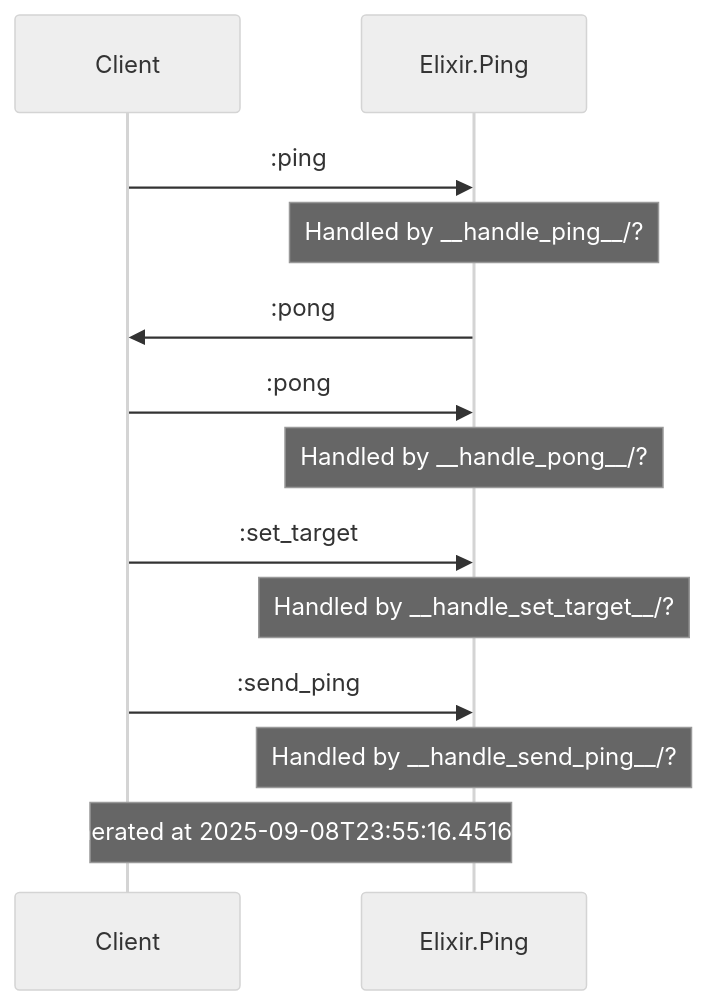
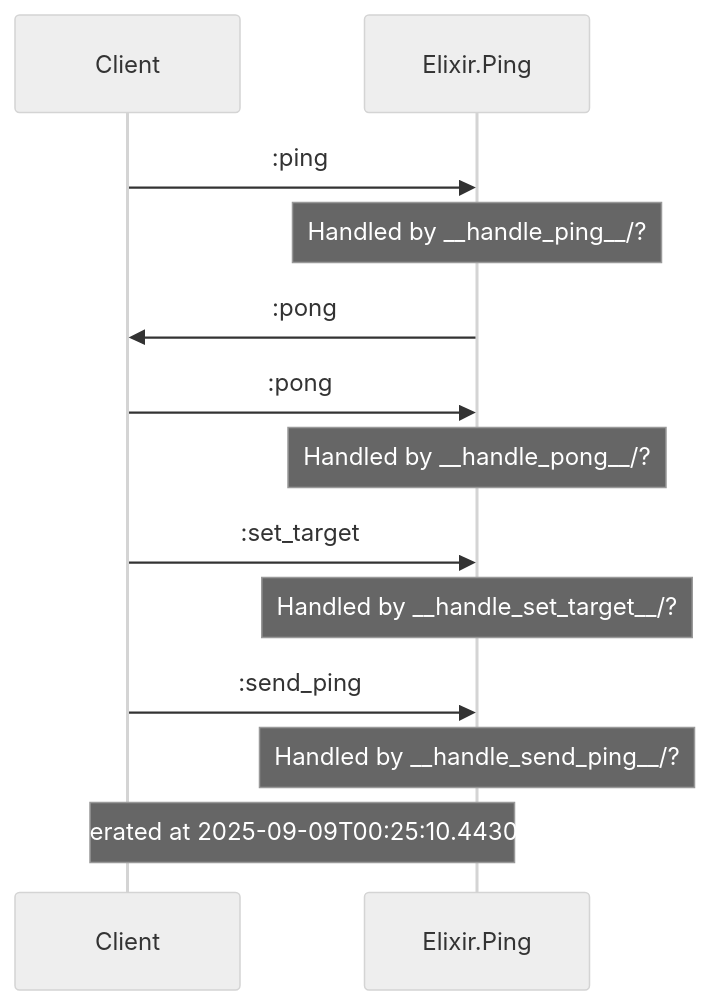
The diagram in docs/diagrams/Elixir.Ping.md (anoma/engine), drawn with Mermaid (neutral theme) before and after one commit. The commit also changed other lines of this file and 27 other files, not shown here.

````diff
--- a/docs/diagrams/Elixir.Ping.md
+++ b/docs/diagrams/Elixir.Ping.md
@@ -5,17 +5,17 @@
 ```mermaid
 sequenceDiagram
     participant Client
     participant Elixir.Examples.PingEngine as Elixir.Ping
     Client->>Elixir.Examples.PingEngine: :ping
     Note over Elixir.Examples.PingEngine: Handled by __handle_ping__/?
     Elixir.Examples.PingEngine->>Client: :pong
     Client->>Elixir.Examples.PingEngine: :pong
     Note over Elixir.Examples.PingEngine: Handled by __handle_pong__/?
     Client->>Elixir.Examples.PingEngine: :set_target
     Note over Elixir.Examples.PingEngine: Handled by __handle_set_target__/?
     Client->>Elixir.Examples.PingEngine: :send_ping
     Note over Elixir.Examples.PingEngine: Handled by __handle_send_ping__/?
 
-Note over Client, Elixir.Examples.PingEngine: Generated at 2025-09-08T23:55:16.451604Z
+Note over Client, Elixir.Examples.PingEngine: Generated at 2025-09-09T00:25:10.443063Z
 
 ```
````
